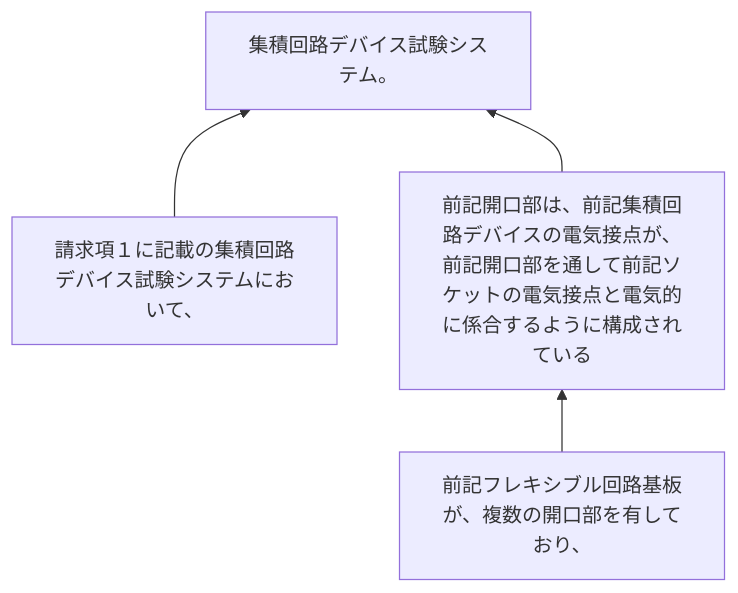
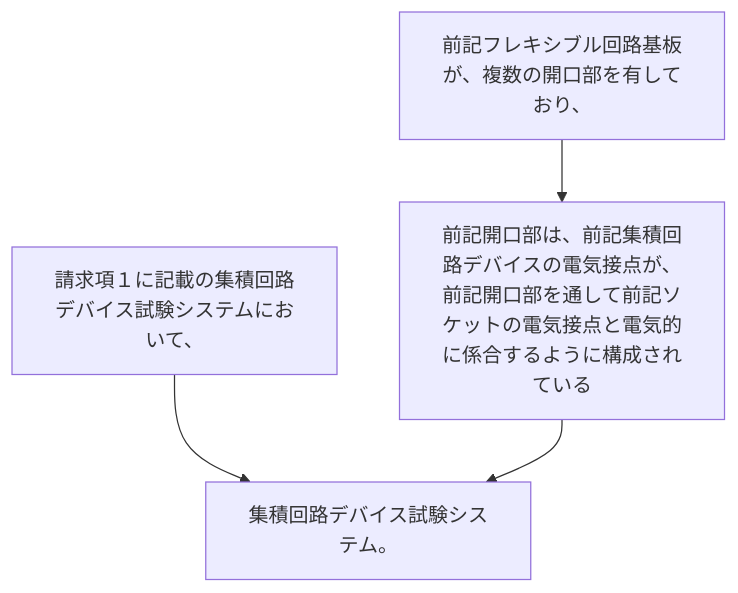
One commit to shinmori55/patent_analyzed changed the diagram in 2024/JP2024023283A/claim_5/README.md. Above: the diagram before and after it, drawn with Mermaid. The commit also changed 336 other files, not shown here.

````diff
--- a/2024/JP2024023283A/claim_5/README.md
+++ b/2024/JP2024023283A/claim_5/README.md
@@ -3,11 +3,10 @@
 ```mermaid
-flowchart BT
+flowchart TD
+A[請求項１に記載の集積回路デバイス試験システムにおいて、]
+B[前記フレキシブル回路基板が、複数の開口部を有しており、]
+C[前記開口部は、前記集積回路デバイスの電気接点が、前記開口部を通して前記ソケットの電気接点と電気的に係合するように構成されている]
 D[集積回路デバイス試験システム。]
-C[前記開口部は、前記集積回路デバイスの電気接点が、前記開口部を通して前記ソケットの電気接点と電気的に係合するように構成されている]
-B[前記フレキシブル回路基板が、複数の開口部を有しており、]
-A[請求項１に記載の集積回路デバイス試験システムにおいて、]
-
 A --> D
 B --> C
 C --> D
 ```
````
